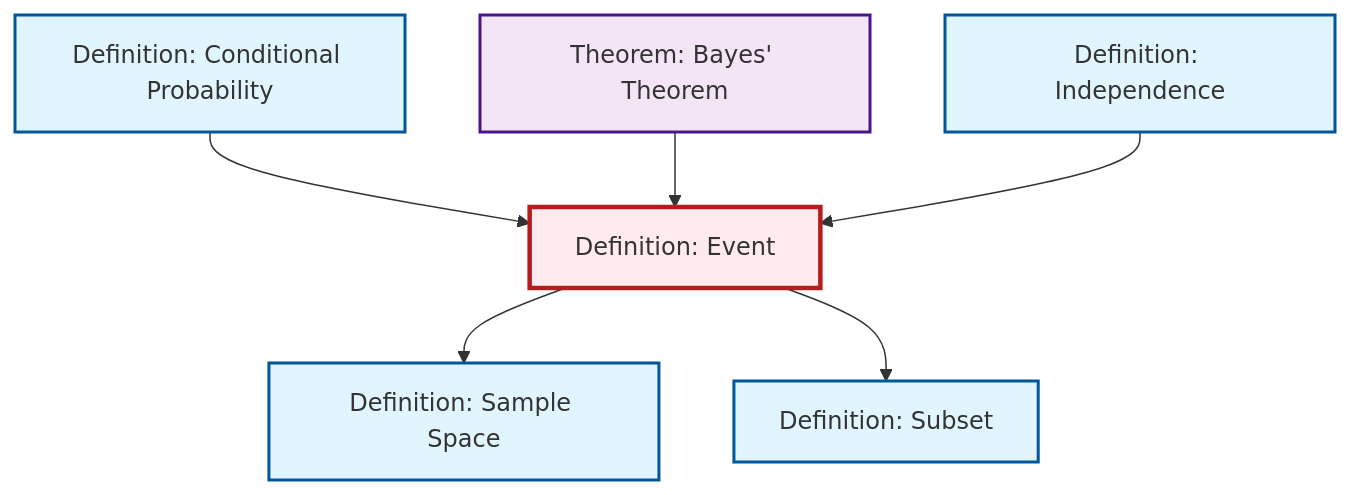
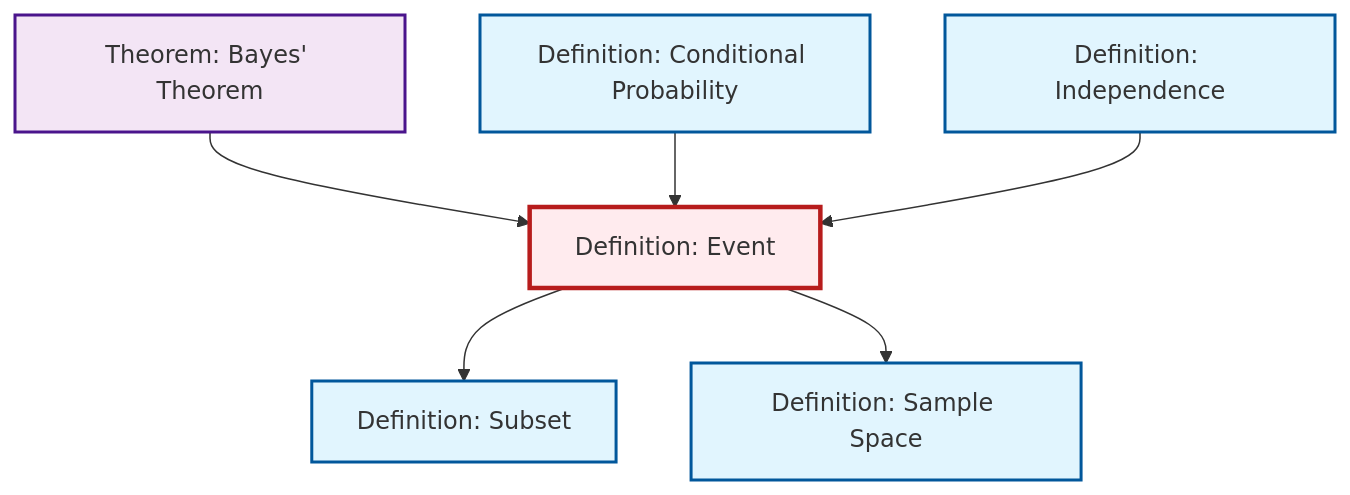
Before and after one commit to RK0429/ModernMath: the diagram in content/en/probability-statistics/def-event.qmd, drawn with Mermaid. The commit also changed other lines of this file and 491 other files, not shown here.

````diff
--- a/content/en/probability-statistics/def-event.qmd
+++ b/content/en/probability-statistics/def-event.qmd
@@ -69,26 +69,26 @@
 ```{mermaid}
 %%| fig-cap: "Local dependency graph"
 graph TD
     classDef definition fill:#e1f5fe,stroke:#01579b,stroke-width:2px
     classDef theorem fill:#f3e5f5,stroke:#4a148c,stroke-width:2px
     classDef axiom fill:#fff3e0,stroke:#e65100,stroke-width:2px
     classDef example fill:#e8f5e9,stroke:#1b5e20,stroke-width:2px
     classDef current fill:#ffebee,stroke:#b71c1c,stroke-width:3px
+    def-conditional-probability["Definition: Conditional Probability"]:::definition
     def-independence["Definition: Independence"]:::definition
+    def-subset["Definition: Subset"]:::definition
+    def-sample-space["Definition: Sample Space"]:::definition
+    thm-bayes["Theorem: Bayes' Theorem"]:::theorem
     def-event["Definition: Event"]:::definition
-    def-subset["Definition: Subset"]:::definition
-    thm-bayes["Theorem: Bayes' Theorem"]:::theorem
-    def-sample-space["Definition: Sample Space"]:::definition
-    def-conditional-probability["Definition: Conditional Probability"]:::definition
+    def-event --> def-subset
+    thm-bayes --> def-event
     def-event --> def-sample-space
     def-conditional-probability --> def-event
-    thm-bayes --> def-event
-    def-event --> def-subset
     def-independence --> def-event
     class def-event current
+    click def-conditional-probability "def-conditional-probability.html" "Go to Conditional Probability definition"
     click def-independence "def-independence.html" "Go to Independence definition"
     click def-subset "def-subset.html" "Go to Subset definition"
+    click def-sample-space "def-sample-space.html" "Go to Sample Space definition"
     click thm-bayes "thm-bayes.html" "Go to Bayes' Theorem theorem"
-    click def-sample-space "def-sample-space.html" "Go to Sample Space definition"
-    click def-conditional-probability "def-conditional-probability.html" "Go to Conditional Probability definition"
 ```
````
